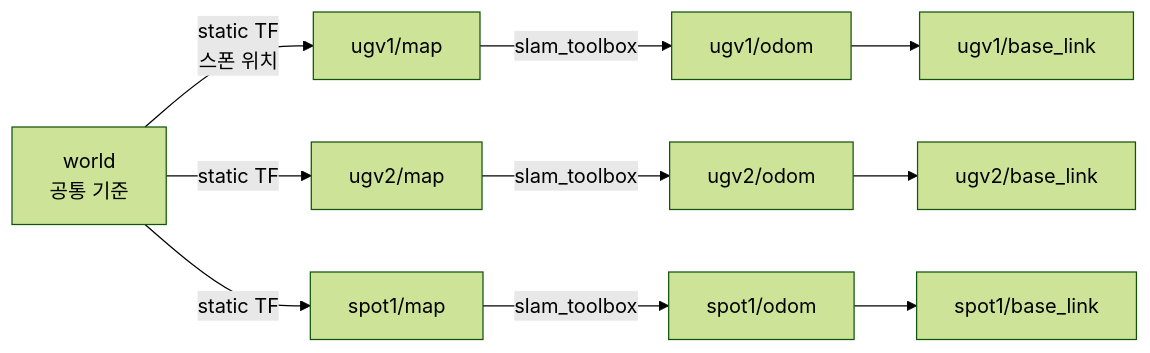
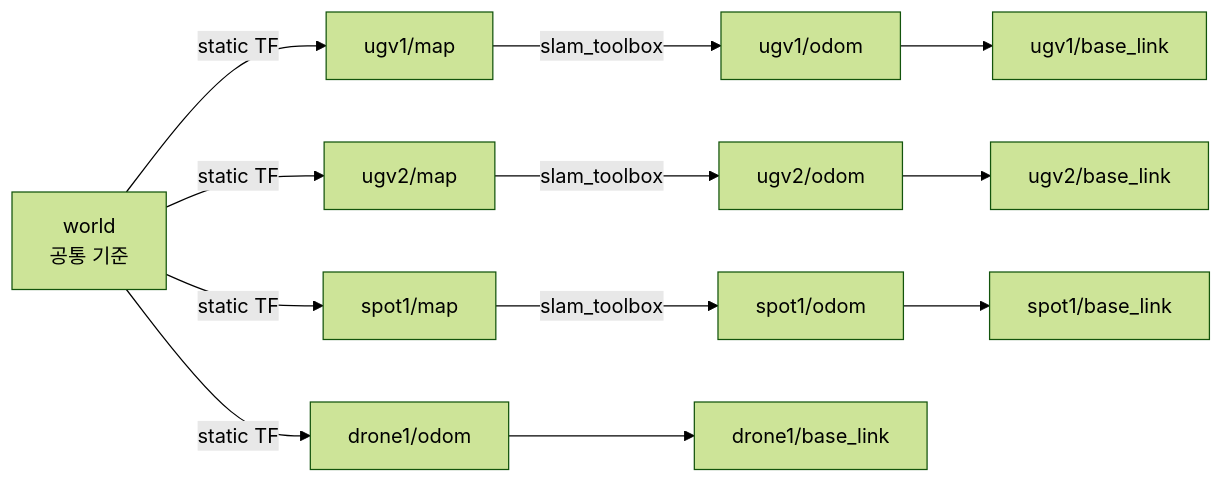
One commit to seo2730/multi_webots changed the first of 2 diagrams in MAP_MERGE.md. Above: the diagram before and after it, drawn with Mermaid (forest theme). The commit also changed other lines of this file and 1 other file, not shown here.

````diff
--- a/MAP_MERGE.md
+++ b/MAP_MERGE.md
@@ -49,9 +88,11 @@
 ```mermaid
 graph LR
-    W[world<br/>공통 기준] -->|static TF<br/>스폰 위치| M1[ugv1/map]
+    W[world<br/>공통 기준] -->|static TF| M1[ugv1/map]
     W -->|static TF| M2[ugv2/map]
     W -->|static TF| M3[spot1/map]
+    W -->|static TF| O4[drone1/odom]
     M1 -->|slam_toolbox| O1[ugv1/odom] --> B1[ugv1/base_link]
     M2 -->|slam_toolbox| O2[ugv2/odom] --> B2[ugv2/base_link]
     M3 -->|slam_toolbox| O3[spot1/odom] --> B3[spot1/base_link]
+    O4 --> B4[drone1/base_link]
 ```
````
